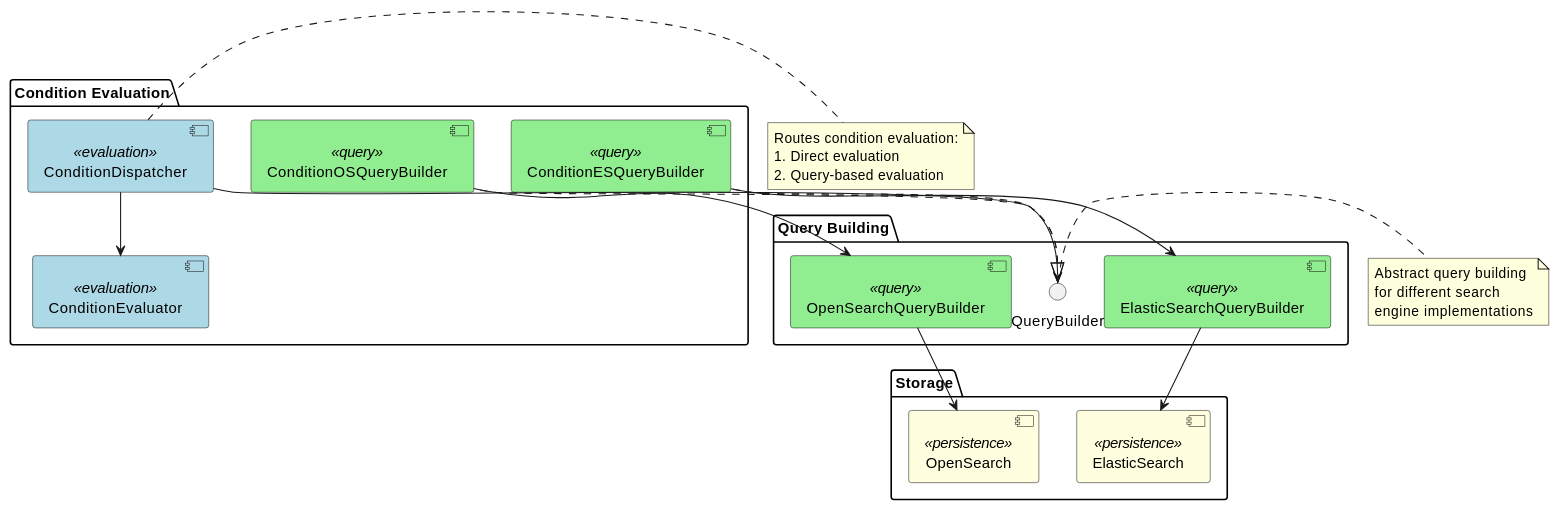
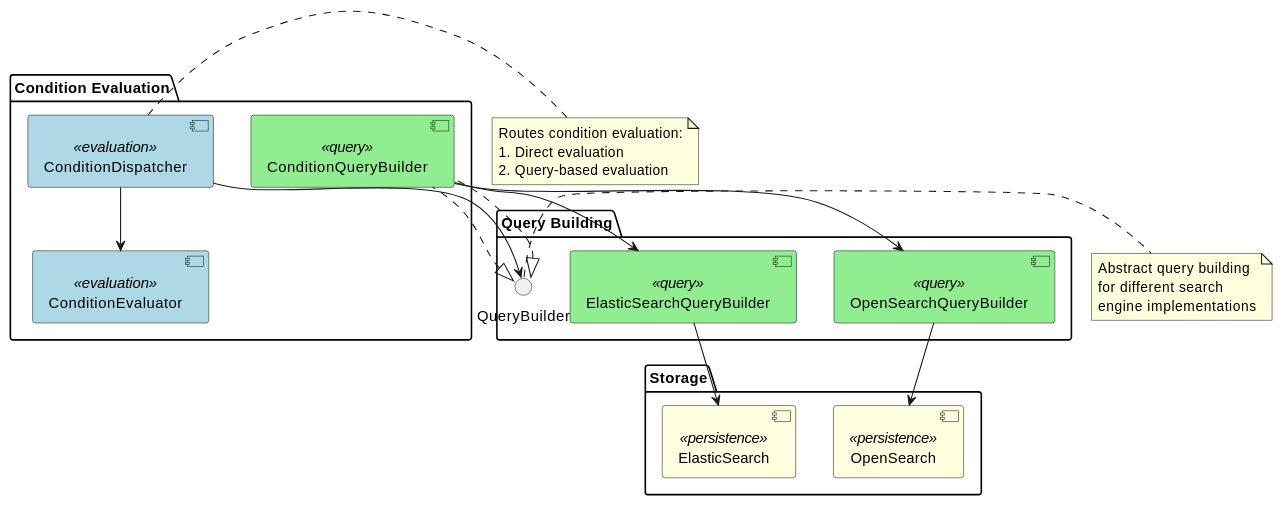
One commit to apache/unomi changed the diagram in manual/src/main/asciidoc/condition-evaluation.adoc. Above: the diagram before and after it, drawn with PlantUML. The commit also changed other lines of this file and 8 other files, not shown here.

```diff
--- a/manual/src/main/asciidoc/condition-evaluation.adoc
+++ b/manual/src/main/asciidoc/condition-evaluation.adoc
@@ -22,53 +25,53 @@
 [plantuml]
 ----
 @startuml
 skinparam componentStyle uml2
 skinparam component {
   BackgroundColor<<evaluation>> LightBlue
   BackgroundColor<<query>> LightGreen
   BackgroundColor<<persistence>> LightYellow
 }
 
 package "Condition Evaluation" {
   [ConditionDispatcher] <<evaluation>>
   [ConditionEvaluator] <<evaluation>>
-  [ConditionESQueryBuilder] <<query>>
-  [ConditionOSQueryBuilder] <<query>>
+  [ConditionQueryBuilder] <<query>>
+  [ConditionQueryBuilder] <<query>>
 }
 
 package "Query Building" {
   interface "QueryBuilder" as QB
   [ElasticSearchQueryBuilder] <<query>>
   [OpenSearchQueryBuilder] <<query>>
 }
 
 package "Storage" {
   [ElasticSearch] <<persistence>>
   [OpenSearch] <<persistence>>
 }
 
 [ConditionDispatcher] --> [ConditionEvaluator]
 [ConditionDispatcher] --> QB
 
-QB <|.. [ConditionESQueryBuilder]
-QB <|.. [ConditionOSQueryBuilder]
+QB <|.. [ConditionQueryBuilder]
+QB <|.. [ConditionQueryBuilder]
 
-[ConditionESQueryBuilder] --> [ElasticSearchQueryBuilder]
-[ConditionOSQueryBuilder] --> [OpenSearchQueryBuilder]
+[ConditionQueryBuilder] --> [ElasticSearchQueryBuilder]
+[ConditionQueryBuilder] --> [OpenSearchQueryBuilder]
 
 [ElasticSearchQueryBuilder] --> [ElasticSearch]
 [OpenSearchQueryBuilder] --> [OpenSearch]
 
 note right of [ConditionDispatcher]
   Routes condition evaluation:
   1. Direct evaluation
   2. Query-based evaluation
 end note
 
 note right of QB
   Abstract query building
   for different search
   engine implementations
 end note
 @enduml
 ----
```
